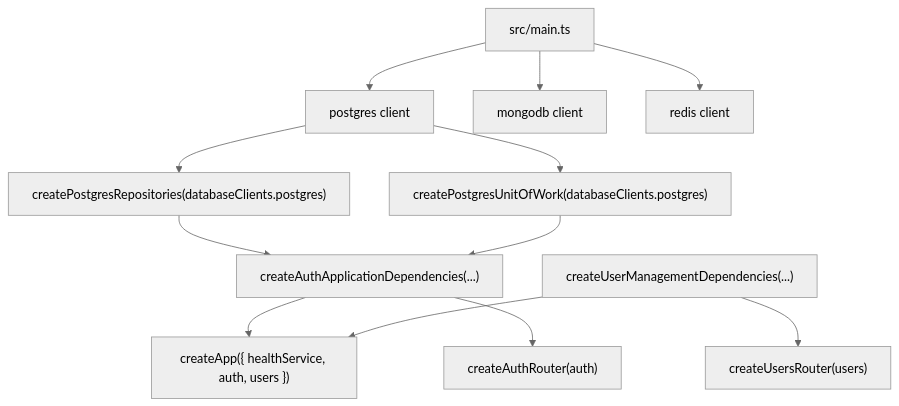
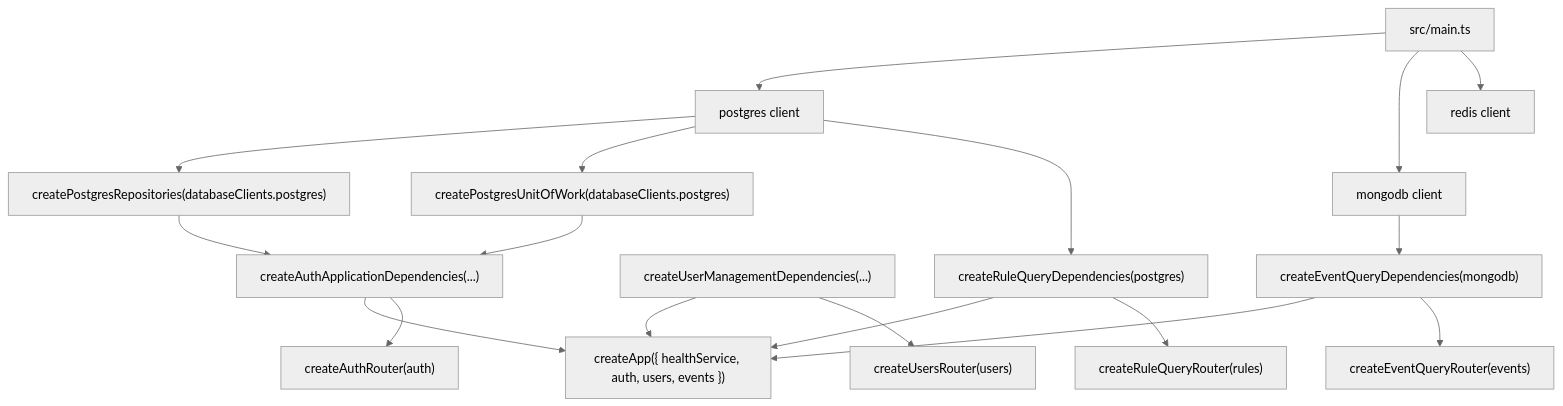
Before and after one commit to abhaykapale/Trivikrama: the fourth of 4 diagrams in backend/ARCHITECTURE.md, drawn with Mermaid (neutral theme). The commit also changed other lines of this file and 180 other files, not shown here.

````diff
--- a/backend/ARCHITECTURE.md
+++ b/backend/ARCHITECTURE.md
@@ -97,26 +112,36 @@
 ```mermaid
 flowchart TD
     MAIN["src/main.ts"]
     PG["postgres client"]
     MG["mongodb client"]
     RD["redis client"]
     REPOS["createPostgresRepositories(databaseClients.postgres)"]
     UOW["createPostgresUnitOfWork(databaseClients.postgres)"]
     AUTHD["createAuthApplicationDependencies(...)"]
     USERD["createUserManagementDependencies(...)"]
-    APP["createApp({ healthService, auth, users })"]
+    EVENTD["createEventQueryDependencies(mongodb)"]
+    RULED["createRuleQueryDependencies(postgres)"]
+    APP["createApp({ healthService, auth, users, events })"]
     AUTHROUTER["createAuthRouter(auth)"]
     USERSROUTER["createUsersRouter(users)"]
+    EVENTSROUTER["createEventQueryRouter(events)"]
+    RULESROUTER["createRuleQueryRouter(rules)"]
 
     MAIN --> PG
     MAIN --> MG
     MAIN --> RD
     PG --> REPOS
     PG --> UOW
     REPOS --> AUTHD
     UOW --> AUTHD
     AUTHD --> APP
     USERD --> APP
+    MG --> EVENTD
+    PG --> RULED
+    EVENTD --> APP
+    RULED --> APP
     AUTHD --> AUTHROUTER
     USERD --> USERSROUTER
+    EVENTD --> EVENTSROUTER
+    RULED --> RULESROUTER
 ```
````
